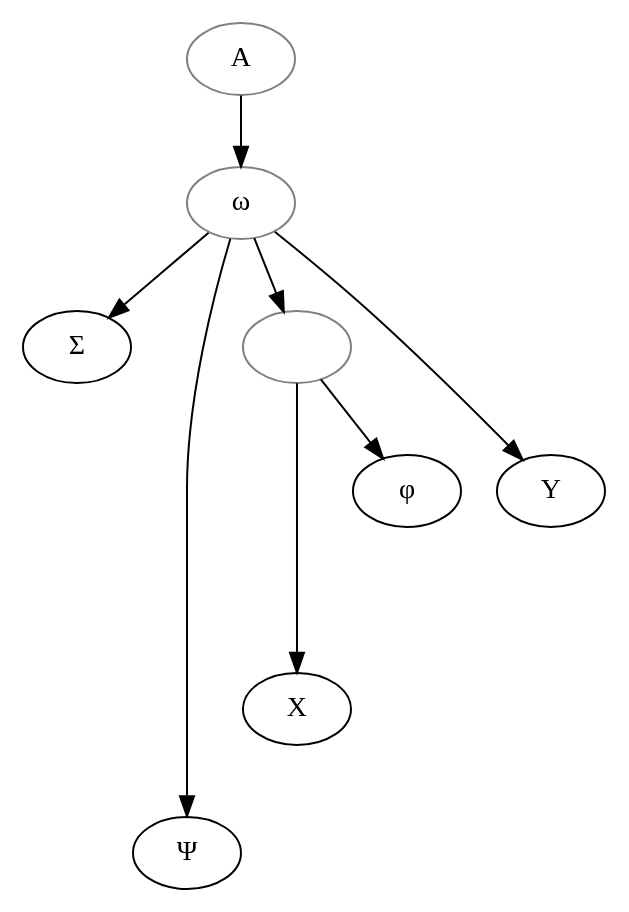
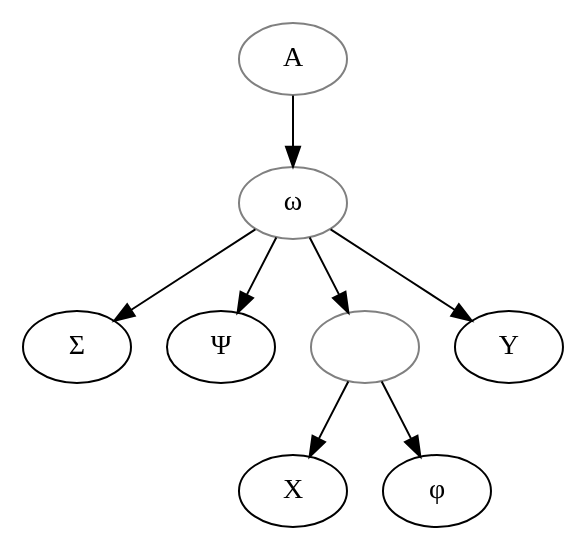
Before and after one commit to OpenStemmata/database: the diagram in data/lat/Zangemeister_1882_OroseLiberapologeticus/stemma.gv, drawn with Graphviz. The commit also changed 14 other files, not shown here.

```diff
--- a/data/lat/Zangemeister_1882_OroseLiberapologeticus/stemma.gv
+++ b/data/lat/Zangemeister_1882_OroseLiberapologeticus/stemma.gv
@@ -1,21 +1,21 @@
 digraph {
- A ->omega
- omega->sigma
- omega->psi[minlen=5]  
- omega-> 1
- 1->X[minlen=3]
- 1->phi
- omega->upsilon[minlen=2]
+ A ->omega;
+ omega->sigma;
+ omega->psi;
+ omega-> 1;
+ 1->X;
+ 1->phi;
+ omega->upsilon;
 
 
 
-omega[label="ω",color=grey]
-A[label="A", color=grey]
-sigma[label="Σ"]
-psi[label="Ψ"]
-X[label="X"]
-phi[label="φ"]
-upsilon[label="Υ"]
-1[label="", color=grey]
-graph [style=invis, splines=true];
+omega[label="ω",color=grey];
+A[label="A", color=grey];
+sigma[label="Σ"];
+psi[label="Ψ"];
+X[label="X"];
+phi[label="φ"];
+upsilon[label="Υ"];
+1[label="", color=grey];
+
 }
```
